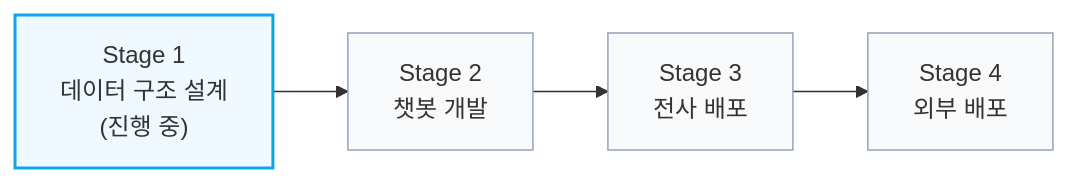
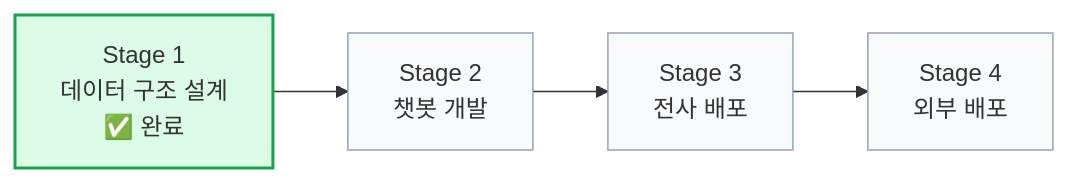
Before and after one commit to ygyun3937/pipeline: the first of 4 diagrams in README.md, drawn with Mermaid. The commit also changed other lines of this file, not shown here.

````diff
--- a/README.md
+++ b/README.md
@@ -13,14 +13,14 @@
 ```mermaid
 flowchart LR
-    S1["Stage 1\n데이터 구조 설계\n(진행 중)"]
+    S1["Stage 1\n데이터 구조 설계\n✅ 완료"]
     S2["Stage 2\n챗봇 개발"]
     S3["Stage 3\n전사 배포"]
     S4["Stage 4\n외부 배포"]
 
     S1 --> S2 --> S3 --> S4
 
-    style S1 fill:#f0f9ff,stroke:#0ea5e9,stroke-width:2px
+    style S1 fill:#dcfce7,stroke:#16a34a,stroke-width:2px
     style S2 fill:#f8fafc,stroke:#94a3b8
     style S3 fill:#f8fafc,stroke:#94a3b8
     style S4 fill:#f8fafc,stroke:#94a3b8
 ```
````
